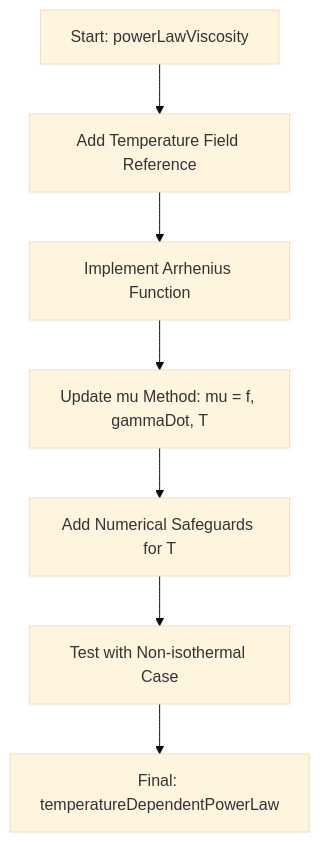
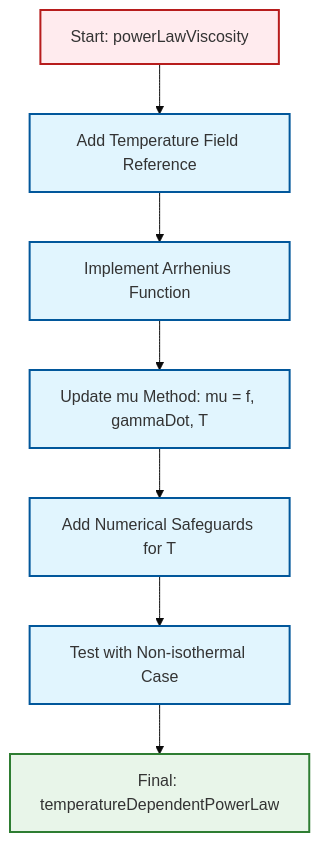
One commit to wramet/build-my-cfd changed the diagram in MODULE_09_ADVANCED_TOPICS/CONTENT/07_PRACTICAL_PROJECT/08_Final_Challenge.md. Above: the diagram before and after it, drawn with Mermaid (base theme). The commit also changed 313 other files, not shown here.

Commit message:
Revise all diagram

````diff
--- a/MODULE_09_ADVANCED_TOPICS/CONTENT/07_PRACTICAL_PROJECT/08_Final_Challenge.md
+++ b/MODULE_09_ADVANCED_TOPICS/CONTENT/07_PRACTICAL_PROJECT/08_Final_Challenge.md
@@ -17,9 +17,21 @@
 ```mermaid
 graph TD
-    A[Start: powerLawViscosity] --> B[Add Temperature Field Reference]
-    B --> C[Implement Arrhenius Function]
-    C --> D[Update mu Method: mu = f, gammaDot, T]
-    D --> E[Add Numerical Safeguards for T]
-    E --> F[Test with Non-isothermal Case]
-    F --> G[Final: temperatureDependentPowerLaw]
+    classDef implicit fill:#e1f5fe,stroke:#01579b,stroke-width:2px
+    classDef explicit fill:#ffebee,stroke:#b71c1c,stroke-width:2px
+    classDef success fill:#e8f5e9,stroke:#2e7d32,stroke-width:2px
+    
+    A[Start: powerLawViscosity]:::explicit
+    B[Add Temperature Field Reference]:::implicit
+    C[Implement Arrhenius Function]:::implicit
+    D[Update mu Method: mu = f, gammaDot, T]:::implicit
+    E[Add Numerical Safeguards for T]:::implicit
+    F[Test with Non-isothermal Case]:::implicit
+    G[Final: temperatureDependentPowerLaw]:::success
+    
+    A --> B
+    B --> C
+    C --> D
+    D --> E
+    E --> F
+    F --> G
 ```
````
